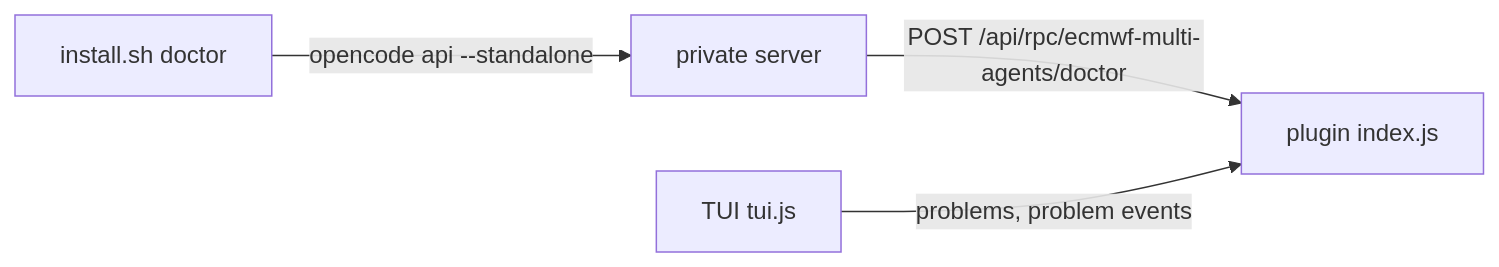
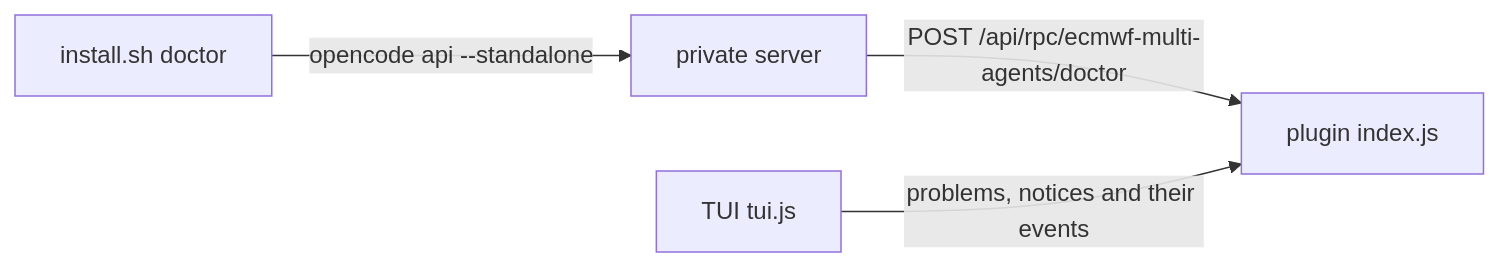
Before and after one commit to ecmwf/ecmwf-multi-agents: the second of 2 diagrams in docs/architecture.md, drawn with Mermaid. The commit also changed other lines of this file and 3 other files, not shown here.

````diff
--- a/docs/architecture.md
+++ b/docs/architecture.md
@@ -765,6 +783,6 @@
 ```mermaid
 flowchart LR
   D[install.sh doctor] -->|opencode api --standalone| S[private server]
   S -->|POST /api/rpc/ecmwf-multi-agents/doctor| P[plugin index.js]
-  T[TUI tui.js] -->|problems, problem events| P
+  T[TUI tui.js] -->|problems, notices and their events| P
 ```
````
